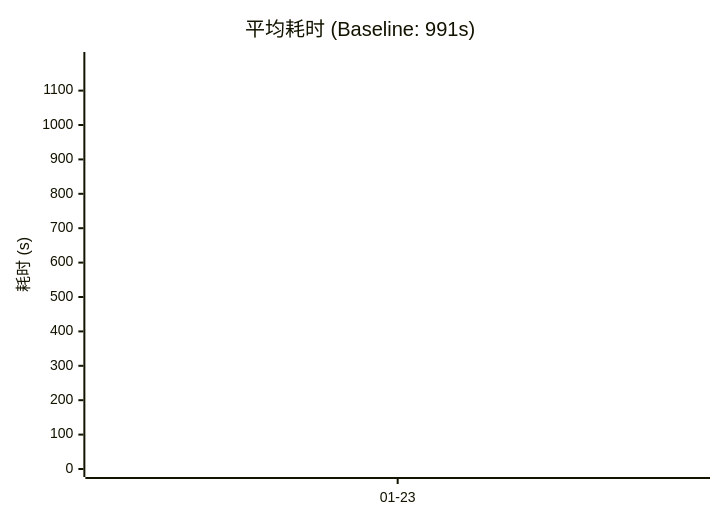
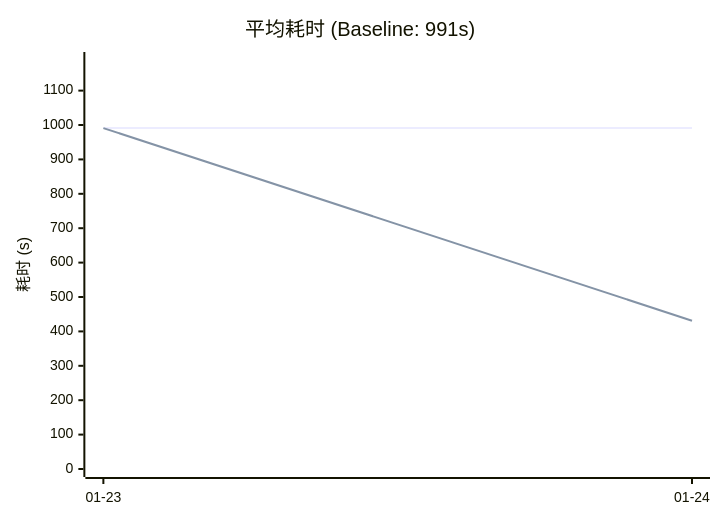
Before and after one commit to gongxh13/rca-agent: the sixth of 7 diagrams in evaluation/README.md, drawn with Mermaid. The commit also changed other lines of this file, not shown here.

````diff
--- a/evaluation/README.md
+++ b/evaluation/README.md
@@ -114,8 +115,8 @@
 ```mermaid
 xychart-beta
     title "平均耗时 (Baseline: 991s)"
-    x-axis ["01-23"]
+    x-axis ["01-23", "01-24"]
     y-axis "耗时 (s)" 0 --> 1189
-    line [991]
-    line [991]
+    line [991, 991]
+    line [991, 431]
 ```
````
